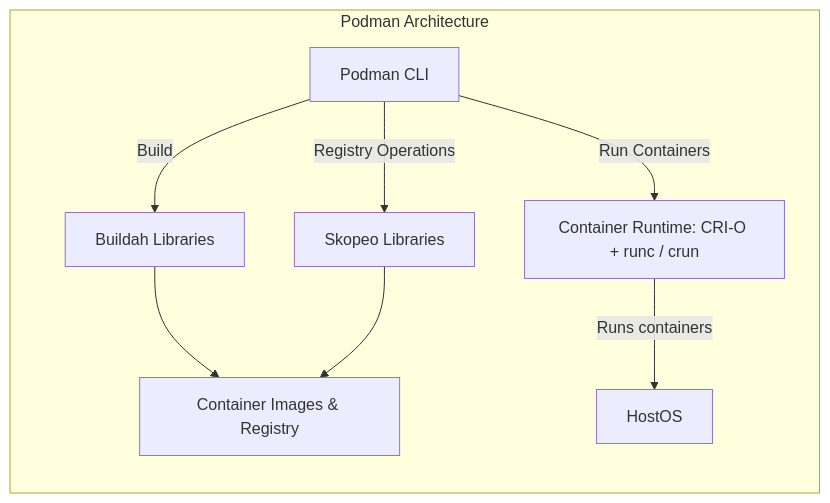
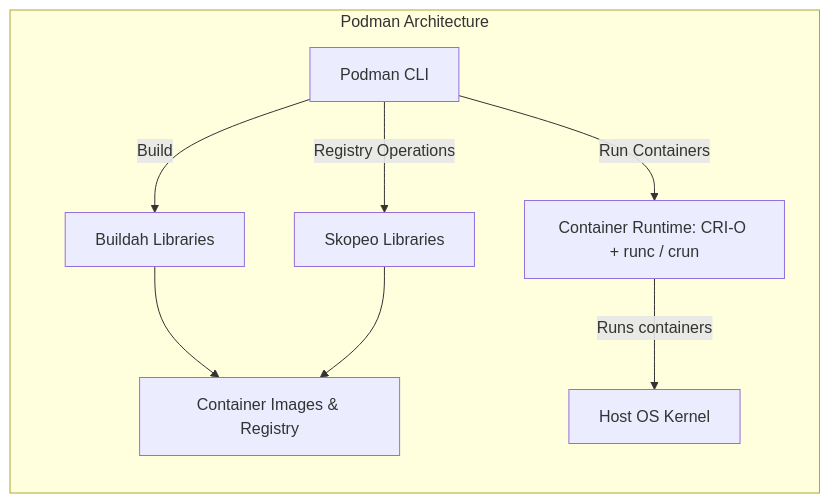
One commit to p-fruck/lecture-se2 changed the second of 2 diagrams in slides/03-containers.md. Above: the diagram before and after it, drawn with Mermaid. The commit also changed other lines of this file, not shown here.

Commit message:
fix(containers): Resolve inconsistencies

````diff
--- a/slides/03-containers.md
+++ b/slides/03-containers.md
@@ -192,18 +192,18 @@
 ```mermaid
 flowchart TD
     subgraph Podman Architecture
         direction TB
         P1[Podman CLI]
         P2[Buildah Libraries]
         P3[Skopeo Libraries]
         P4[Container Runtime: CRI-O + runc / crun]
         P5[Container Images & Registry]
 
         P1 -->|Build| P2
         P1 -->|Registry Operations| P3
         P1 -->|Run Containers| P4
         P2 --> P5
         P3 --> P5
-        P4 -->|Runs containers| HostOS
+        P4 -->|Runs containers| HostOS[Host OS Kernel]
     end
 ```
````
